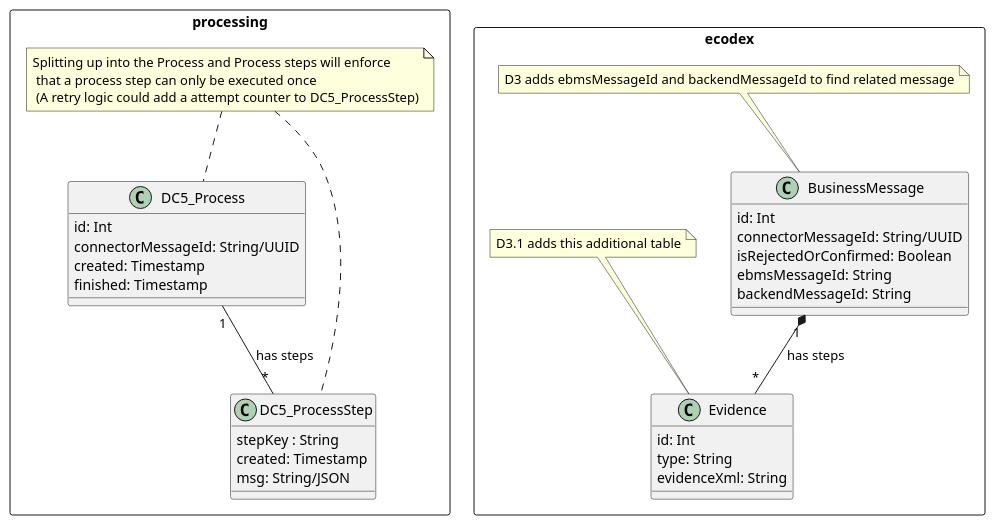
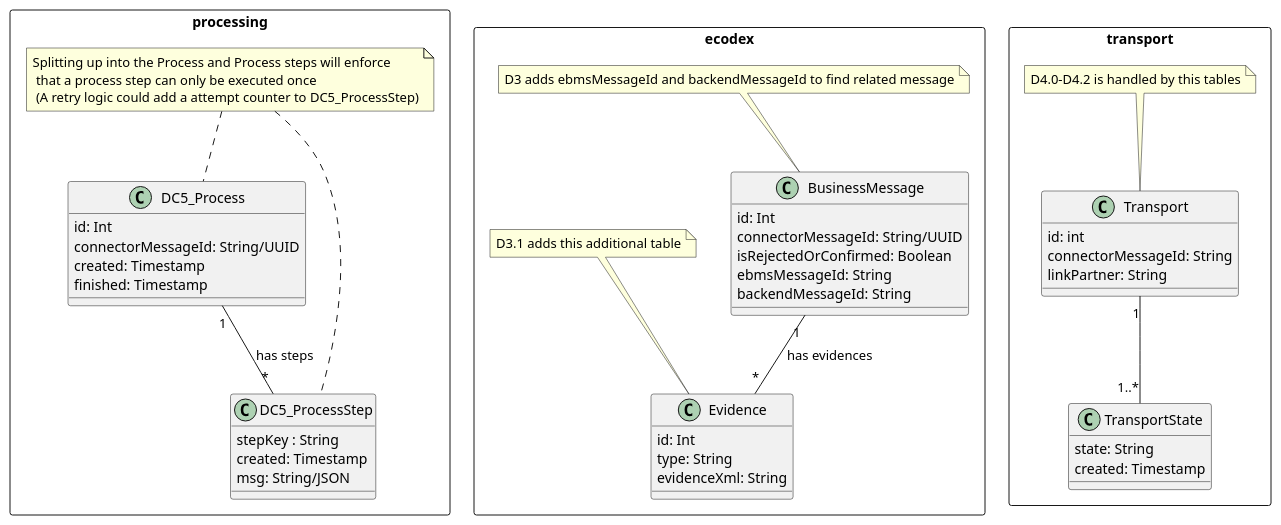
One commit to muell16/domibusConnector changed the diagram in domibusConnector/domibusConnectorDocumentation/src/asciidoc/doc/architecture/connector5/entity_items/data_model_draft.adoc. Above: the diagram before and after it, drawn with PlantUML. The commit also changed other lines of this file, not shown here.

Commit message:
update data model draft

```diff
--- a/domibusConnector/domibusConnectorDocumentation/src/asciidoc/doc/architecture/connector5/entity_items/data_model_draft.adoc
+++ b/domibusConnector/domibusConnectorDocumentation/src/asciidoc/doc/architecture/connector5/entity_items/data_model_draft.adoc
@@ -117,7 +122,7 @@
   evidenceXml: String
 }
 
-BusinessMessage "1" *-- "*" Evidence : has steps
+BusinessMessage "1" -- "*" Evidence : has evidences
 
 note "D3 adds ebmsMessageId and backendMessageId to find related message" as N2
 N2 .. BusinessMessage
@@ -127,6 +132,28 @@
 
 }
 
+package transport <<rectangle>> {
+
+
+
+class Transport {
+  id: int
+  connectorMessageId: String
+  linkPartner: String
+}
+
+class TransportState {
+  state: String
+  created: Timestamp
+}
+
+Transport "1" -- "1..*" TransportState
+
+note top of Transport: D4.0-D4.2 is handled by this tables
+
+
+}
+
 
 
 
```
